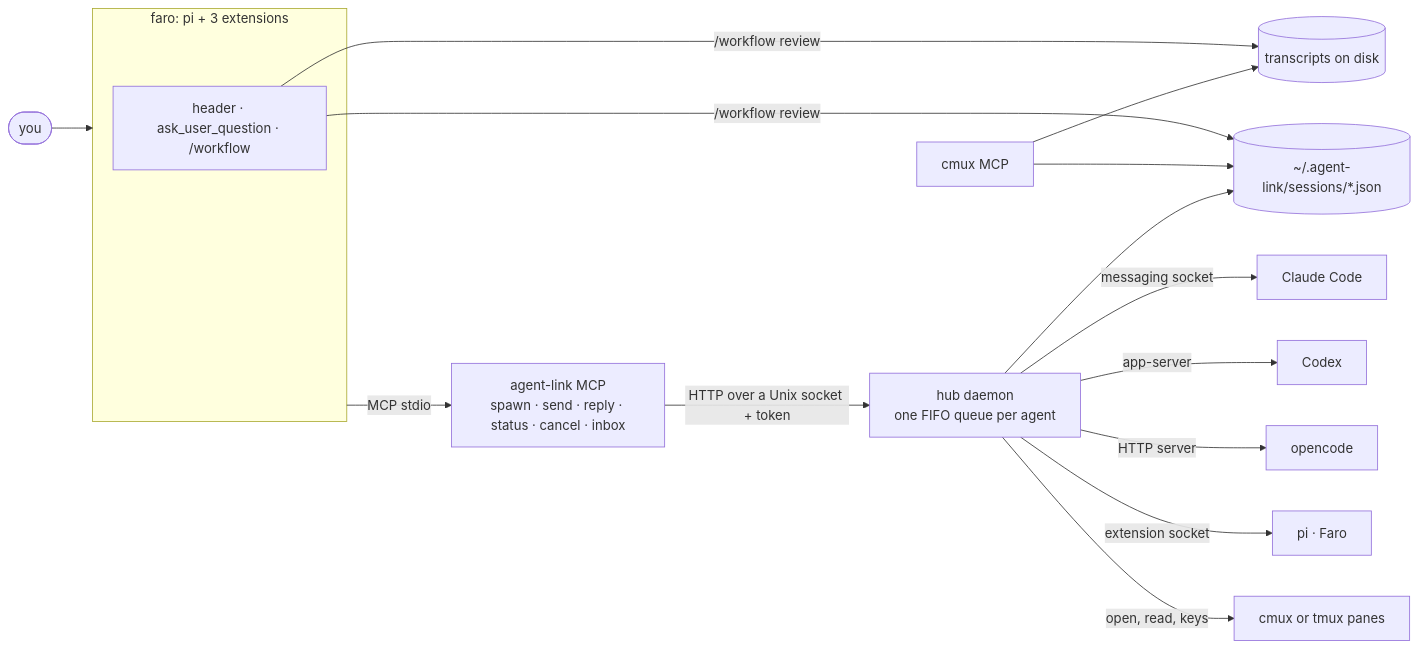
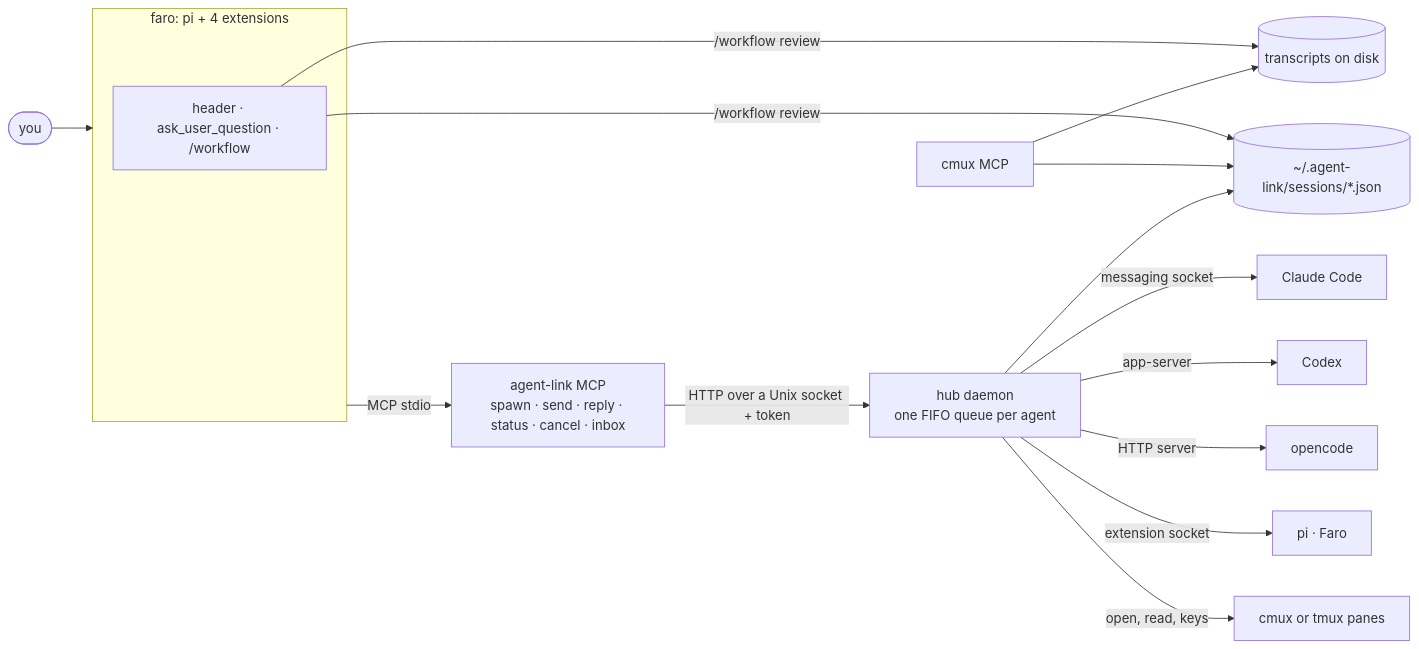
The third of 3 diagrams in README.md (Jero110/faro-agent), drawn with Mermaid before and after one commit. The commit also changed other lines of this file and 3 other files, not shown here.

````diff
--- a/README.md
+++ b/README.md
@@ -260,19 +260,19 @@
 ```mermaid
 flowchart LR
   you(["you"]) --> faro
-  subgraph faro["faro: pi + 3 extensions"]
+  subgraph faro["faro: pi + 4 extensions"]
     ext["header · ask_user_question · /workflow"]
   end
   faro -- "MCP stdio" --> mcp["agent-link MCP<br/>spawn · send · reply · status · cancel · inbox"]
   mcp -- "HTTP over a Unix socket + token" --> hub["hub daemon<br/>one FIFO queue per agent"]
   hub -- "messaging socket" --> claude["Claude Code"]
   hub -- "app-server" --> codex["Codex"]
   hub -- "HTTP server" --> oc["opencode"]
   hub -- "extension socket" --> piw["pi · Faro"]
   hub -- "open, read, keys" --> panes["cmux or tmux panes"]
   hub --> journal[("~/.agent-link/sessions/*.json")]
   cmux["cmux MCP"] --> journal
   cmux --> tr[("transcripts on disk")]
   ext -- "/workflow review" --> journal
   ext -- "/workflow review" --> tr
 ```
````
